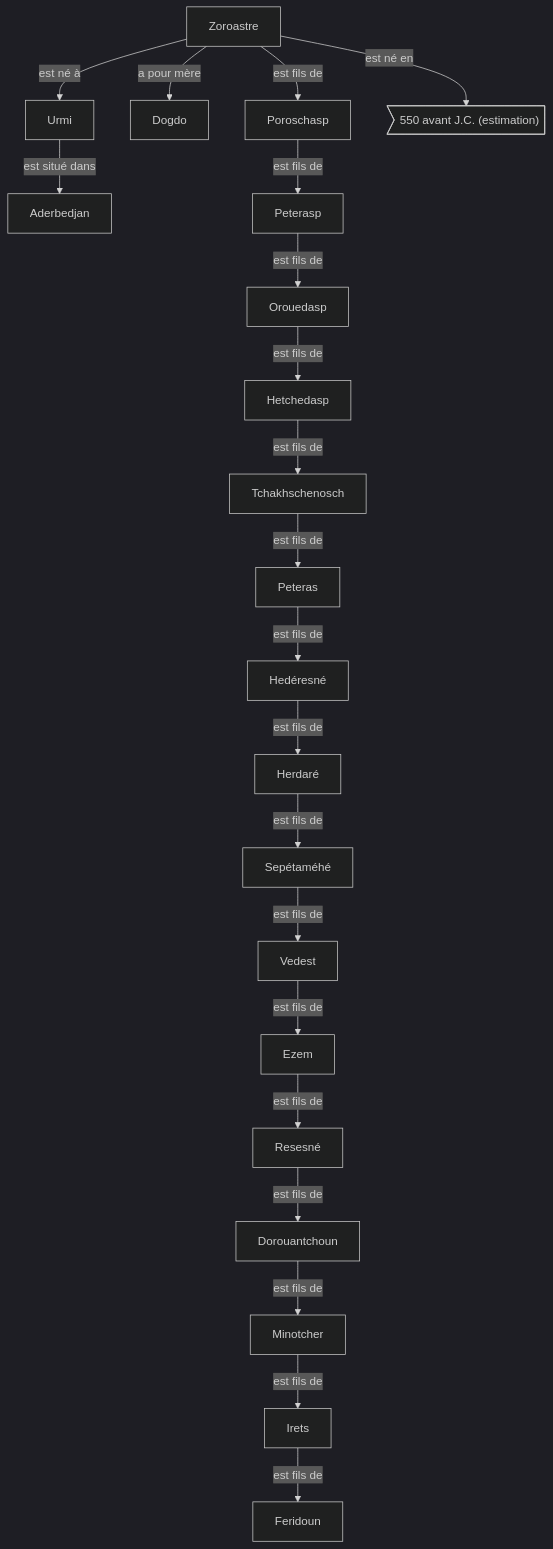
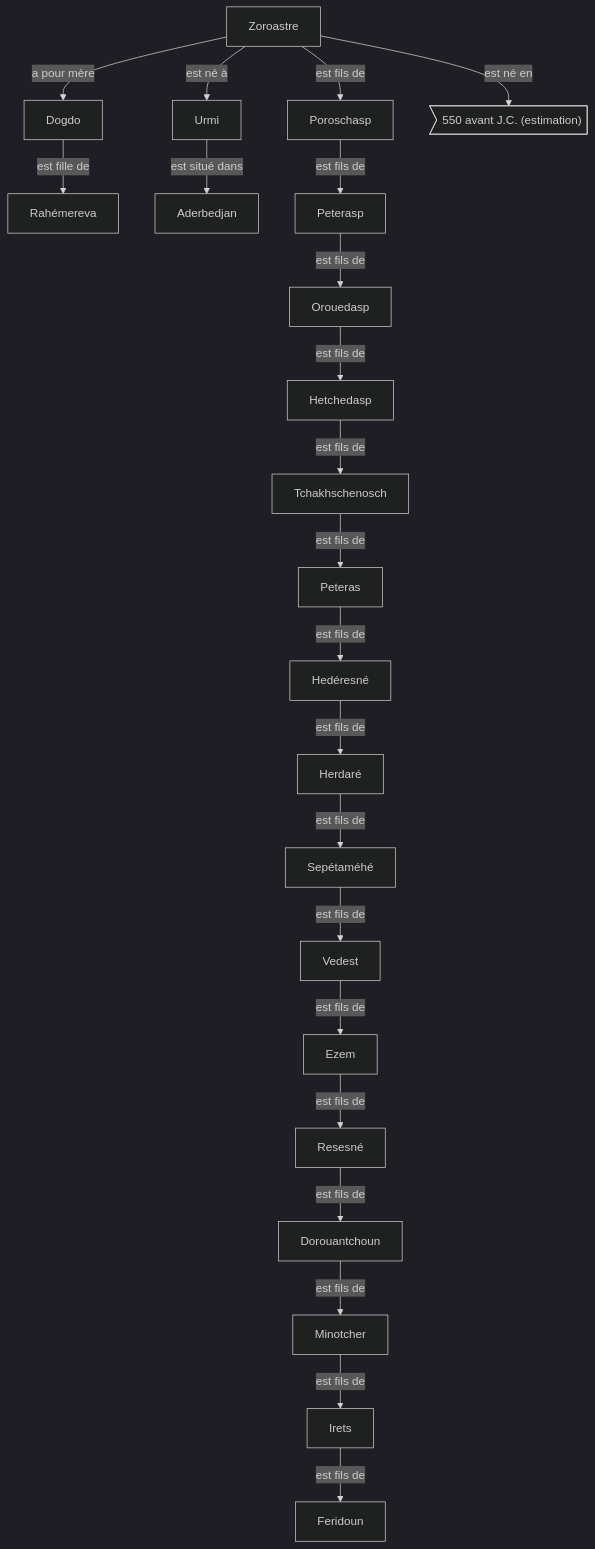
One commit to hdorgeval/le-livre-des-rois changed the diagram in src/graphs/zoroastre/zoroastre.mmd. Above: the diagram before and after it, drawn with Mermaid (dark theme). The commit also changed 1 other file, not shown here.

```diff
--- a/src/graphs/zoroastre/zoroastre.mmd
+++ b/src/graphs/zoroastre/zoroastre.mmd
@@ -1,21 +1,22 @@
 graph TD
 Zoroastre --est fils de--> Poroschasp
 Zoroastre --a pour mère--> Dogdo
+Dogdo --est fille de--> Rahémereva
 Zoroastre --est né à --> Urmi
 Zoroastre --est né en --> A>"550 avant J.C. (estimation)"]
 Urmi --est situé dans --> Aderbedjan
 Poroschasp --est fils de--> Peterasp
 Peterasp  --est fils de--> Orouedasp
 Orouedasp  --est fils de--> Hetchedasp
 Hetchedasp  --est fils de--> Tchakhschenosch
 Tchakhschenosch  --est fils de--> Peteras
 Peteras  --est fils de--> Hedéresné
 Hedéresné  --est fils de--> Herdaré
 Herdaré  --est fils de--> Sepétaméhé
 Sepétaméhé  --est fils de--> Vedest
 Vedest  --est fils de--> Ezem
 Ezem  --est fils de--> Resesné
 Resesné  --est fils de--> Dorouantchoun
 Dorouantchoun  --est fils de--> Minotcher
 Minotcher  --est fils de--> Irets
 Irets  --est fils de--> Feridoun
```
